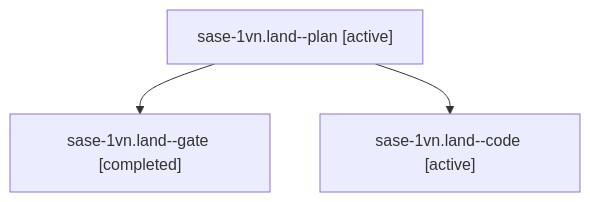
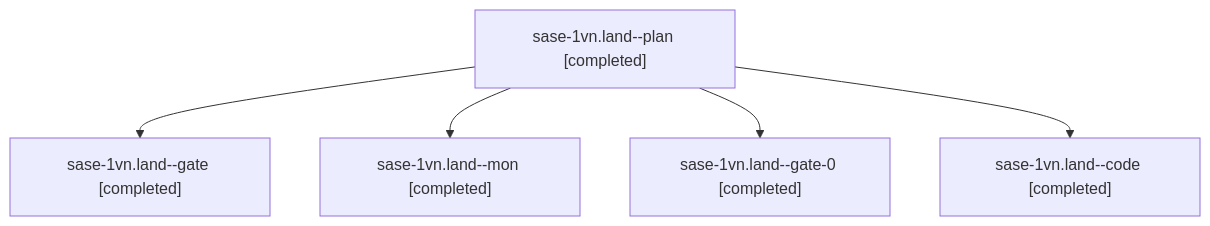
Before and after one commit to sase-org/sase--agents: the diagram in sessions/bbugyi200.athena.sase-1vn.land.md, drawn with Mermaid. The commit also changed other lines of this file and 60 other files, not shown here.

````diff
--- a/sessions/bbugyi200.athena.sase-1vn.land.md
+++ b/sessions/bbugyi200.athena.sase-1vn.land.md
@@ -9,8 +9,12 @@
 ```mermaid
 flowchart TD
-  n0["sase-1vn.land--plan [active]"]
+  n0["sase-1vn.land--plan [completed]"]
   n1["sase-1vn.land--gate [completed]"]
   n0 --> n1
-  n2["sase-1vn.land--code [active]"]
+  n2["sase-1vn.land--mon [completed]"]
   n0 --> n2
+  n3["sase-1vn.land--gate-0 [completed]"]
+  n0 --> n3
+  n4["sase-1vn.land--code [completed]"]
+  n0 --> n4
 ```
````
